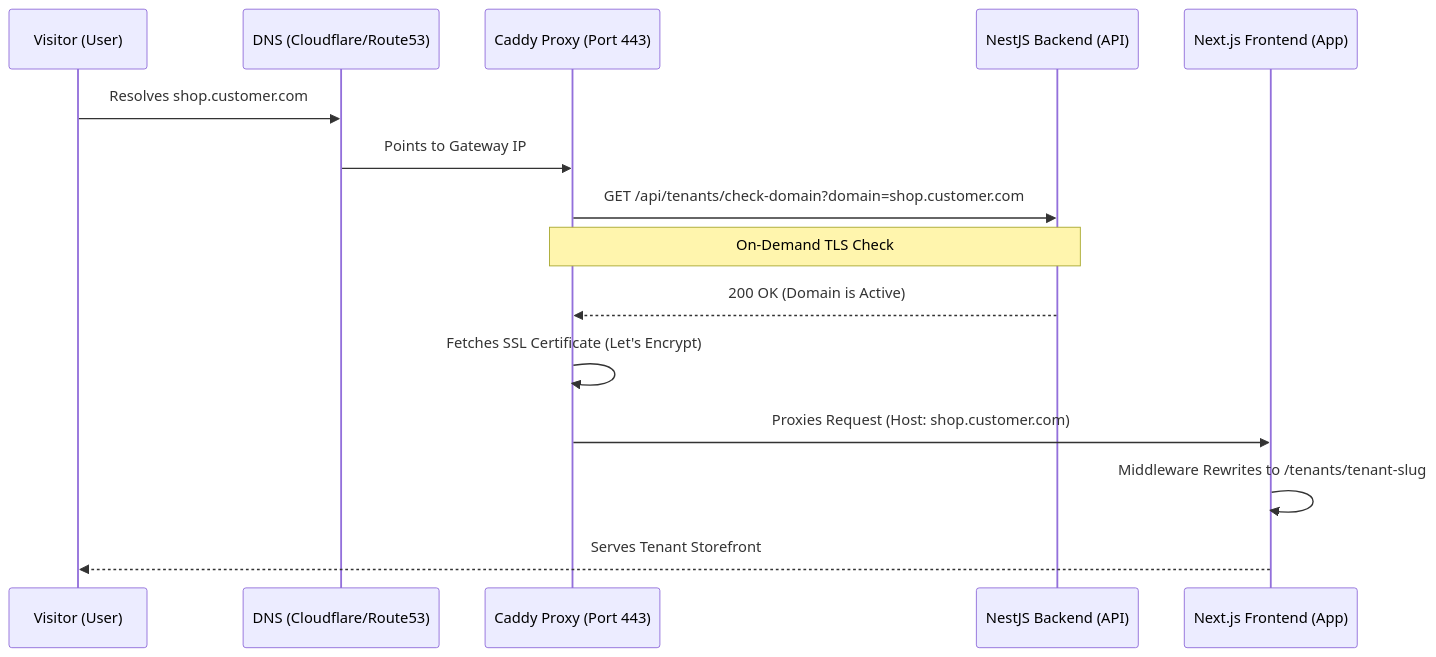
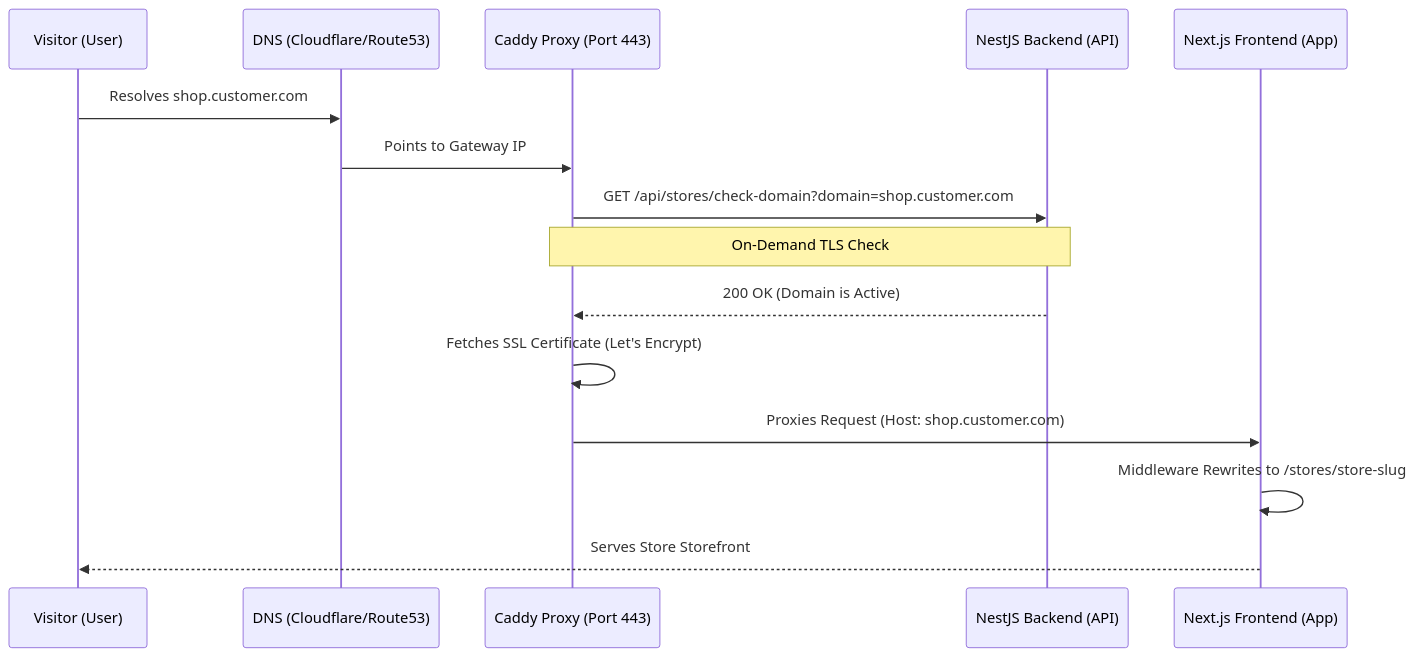
Before and after one commit to gowtamkumar/eCommerce-multi-store-saas-erp: the first of 2 diagrams in doc/system-design/custom_domains_feature.md, drawn with Mermaid. The commit also changed other lines of this file and 764 other files, not shown here.

````diff
--- a/doc/system-design/custom_domains_feature.md
+++ b/doc/system-design/custom_domains_feature.md
@@ -11,18 +11,18 @@
 ```mermaid
 sequenceDiagram
     participant U as Visitor (User)
     participant D as DNS (Cloudflare/Route53)
     participant C as Caddy Proxy (Port 443)
     participant B as NestJS Backend (API)
     participant F as Next.js Frontend (App)
 
     U->>D: Resolves shop.customer.com
     D->>C: Points to Gateway IP
-    C->>B: GET /api/tenants/check-domain?domain=shop.customer.com
+    C->>B: GET /api/stores/check-domain?domain=shop.customer.com
     Note over C,B: On-Demand TLS Check
     B-->>C: 200 OK (Domain is Active)
     C->>C: Fetches SSL Certificate (Let's Encrypt)
     C->>F: Proxies Request (Host: shop.customer.com)
-    F->>F: Middleware Rewrites to /tenants/tenant-slug
-    F-->>U: Serves Tenant Storefront
+    F->>F: Middleware Rewrites to /stores/store-slug
+    F-->>U: Serves Store Storefront
 ```
````
